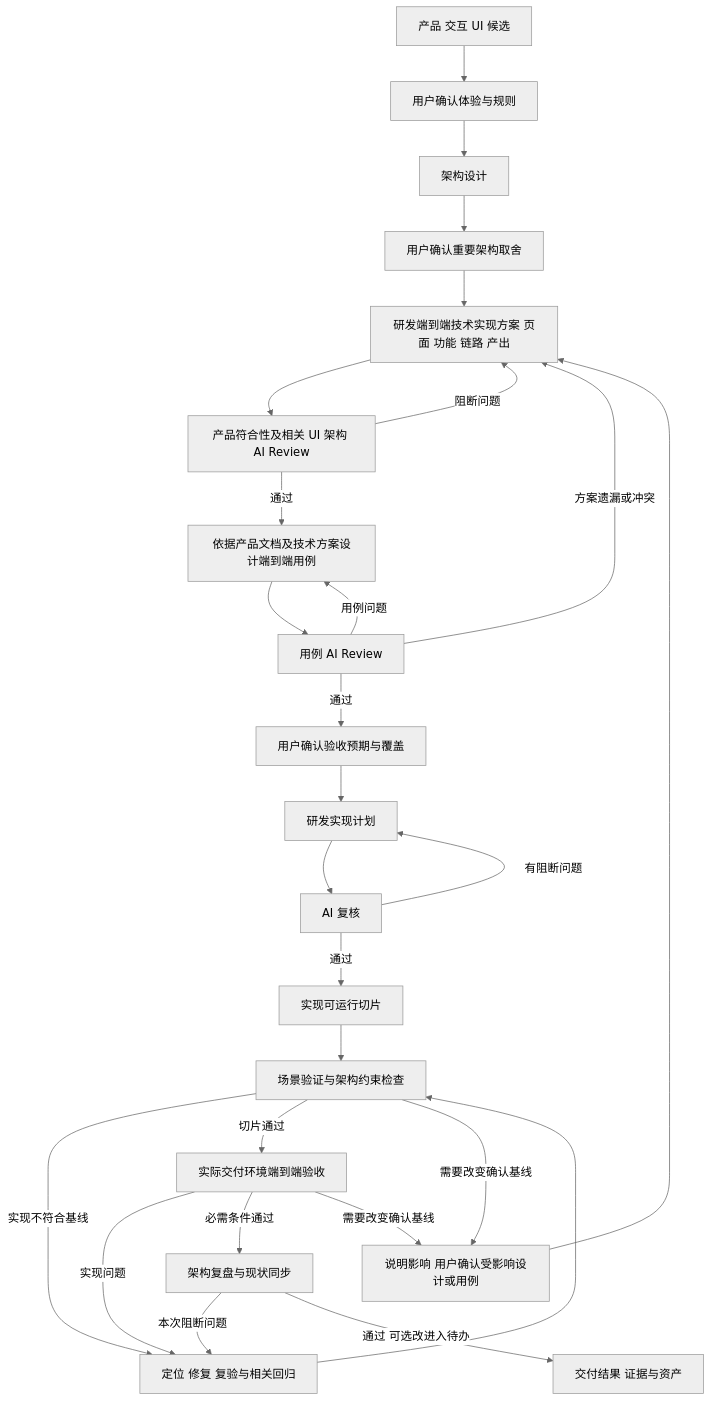
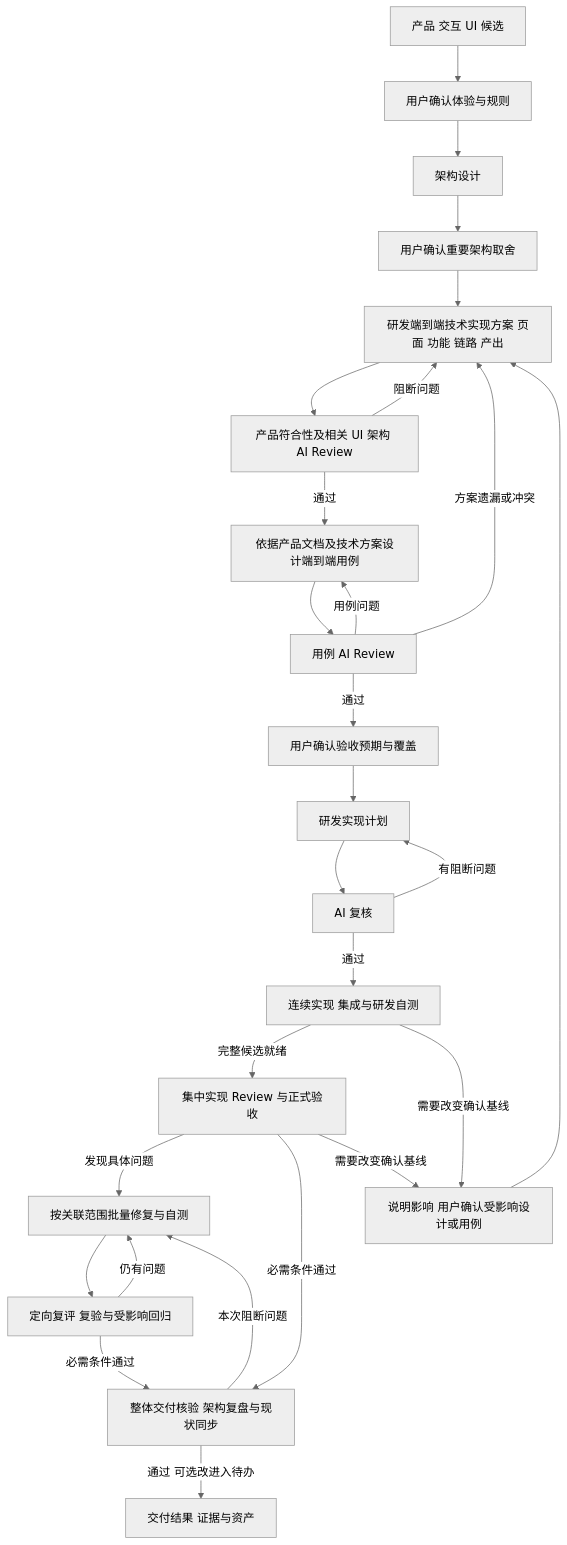
The diagram in skills/dev-flow/references/execution-contract.md (guoshencheng/dev-flow), drawn with Mermaid (neutral theme) before and after one commit. The commit also changed other lines of this file and 46 other files, not shown here.

First line of the commit message:
Refactor documentation and update references across dev-flow and dev-operations

````diff
--- a/skills/dev-flow/references/execution-contract.md
+++ b/skills/dev-flow/references/execution-contract.md
@@ -66,29 +66,29 @@
 ```mermaid
 flowchart TD
     A[产品 交互 UI 候选] --> B[用户确认体验与规则]
     B --> C[架构设计]
     C --> D[用户确认重要架构取舍]
     D --> P[研发端到端技术实现方案 页面 功能 链路 产出]
     P --> Q[产品符合性及相关 UI 架构 AI Review]
     Q -->|阻断问题| P
     Q -->|通过| E[依据产品文档及技术方案设计端到端用例]
     E --> R[用例 AI Review]
     R -->|用例问题| E
     R -->|方案遗漏或冲突| P
     R -->|通过| F[用户确认验收预期与覆盖]
     F --> G[研发实现计划]
     G --> H[AI 复核]
     H -->|有阻断问题| G
-    H -->|通过| I[实现可运行切片]
-    I --> J[场景验证与架构约束检查]
-    J -->|实现不符合基线| K[定位 修复 复验与相关回归]
-    K --> J
-    J -->|切片通过| L[实际交付环境端到端验收]
-    L -->|实现问题| K
-    L -->|必需条件通过| O[架构复盘与现状同步]
+    H -->|通过| I[连续实现 集成与研发自测]
+    I -->|完整候选就绪| J[集中实现 Review 与正式验收]
+    J -->|发现具体问题| K[按关联范围批量修复与自测]
+    K --> L[定向复评 复验与受影响回归]
+    L -->|仍有问题| K
+    J -->|必需条件通过| O[整体交付核验 架构复盘与现状同步]
+    L -->|必需条件通过| O
     O -->|本次阻断问题| K
     O -->|通过 可选改进入待办| M[交付结果 证据与资产]
-    J -->|需要改变确认基线| N[说明影响 用户确认受影响设计或用例]
-    L -->|需要改变确认基线| N
+    I -->|需要改变确认基线| N[说明影响 用户确认受影响设计或用例]
+    J -->|需要改变确认基线| N
     N --> P
 ```
````
